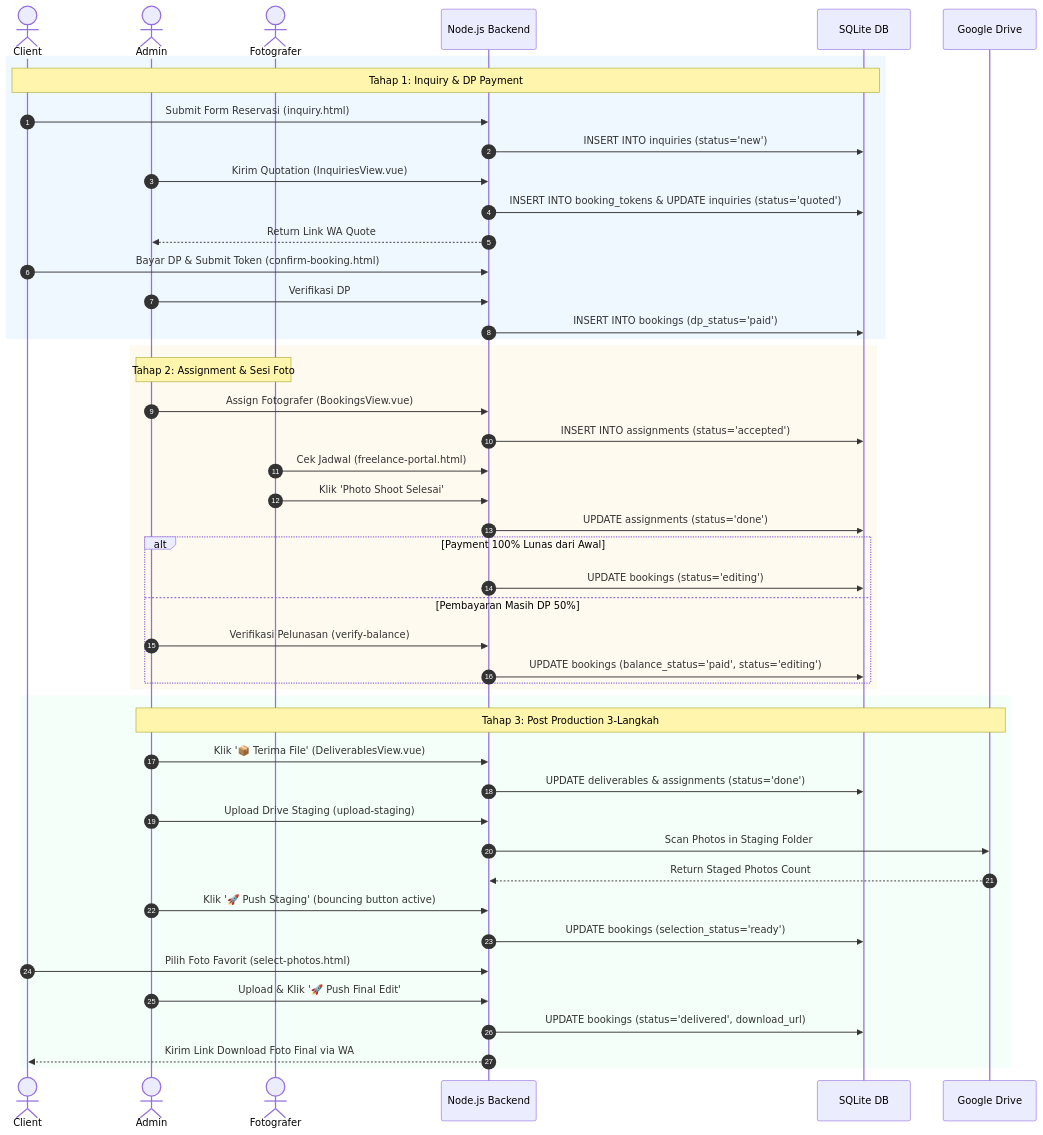
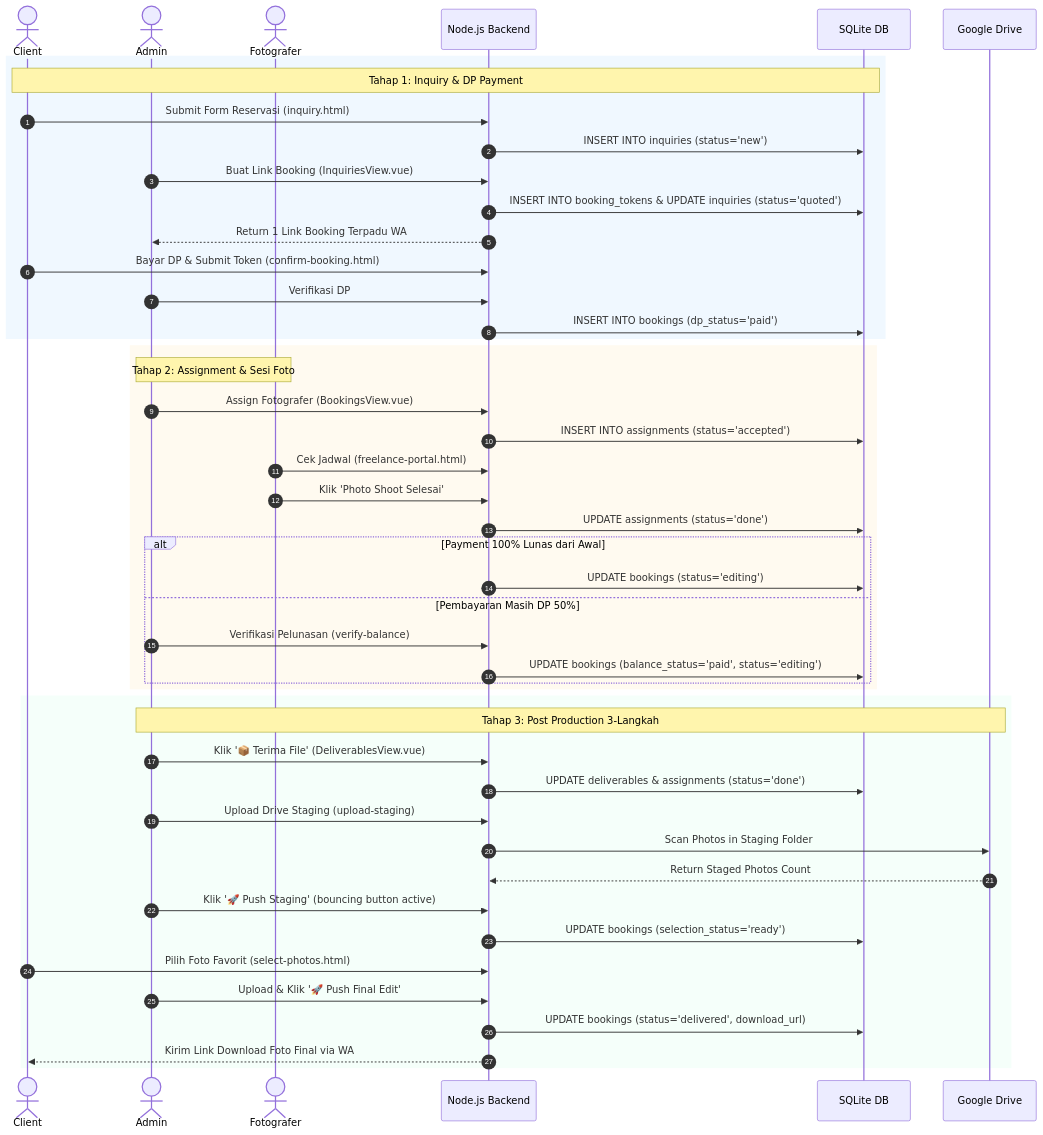
The second of 4 diagrams in docs/DOKUMENTASI_UTAMA_PLATFORM_WISUDA.md (armansyam/Wisuda), drawn with Mermaid before and after one commit. The commit also changed other lines of this file and 22 other files, not shown here.

````diff
--- a/docs/DOKUMENTASI_UTAMA_PLATFORM_WISUDA.md
+++ b/docs/DOKUMENTASI_UTAMA_PLATFORM_WISUDA.md
@@ -109,52 +112,52 @@
 ```mermaid
 sequenceDiagram
     autonumber
     actor Client
     actor Admin
     actor Fotografer
     participant Backend as Node.js Backend
     participant DB as SQLite DB
     participant Drive as Google Drive
 
     rect rgb(240, 248, 255)
     note over Client, DB: Tahap 1: Inquiry & DP Payment
     Client->>Backend: Submit Form Reservasi (inquiry.html)
     Backend->>DB: INSERT INTO inquiries (status='new')
-    Admin->>Backend: Kirim Quotation (InquiriesView.vue)
+    Admin->>Backend: Buat Link Booking (InquiriesView.vue)
     Backend->>DB: INSERT INTO booking_tokens & UPDATE inquiries (status='quoted')
-    Backend-->>Admin: Return Link WA Quote
+    Backend-->>Admin: Return 1 Link Booking Terpadu WA
     Client->>Backend: Bayar DP & Submit Token (confirm-booking.html)
     Admin->>Backend: Verifikasi DP
     Backend->>DB: INSERT INTO bookings (dp_status='paid')
     end
 
     rect rgb(255, 250, 240)
     note over Admin, Fotografer: Tahap 2: Assignment & Sesi Foto
     Admin->>Backend: Assign Fotografer (BookingsView.vue)
     Backend->>DB: INSERT INTO assignments (status='accepted')
     Fotografer->>Backend: Cek Jadwal (freelance-portal.html)
     Fotografer->>Backend: Klik 'Photo Shoot Selesai'
     Backend->>DB: UPDATE assignments (status='done')
     alt Payment 100% Lunas dari Awal
         Backend->>DB: UPDATE bookings (status='editing')
     else Pembayaran Masih DP 50%
         Admin->>Backend: Verifikasi Pelunasan (verify-balance)
         Backend->>DB: UPDATE bookings (balance_status='paid', status='editing')
     end
     end
 
     rect rgb(245, 255, 250)
     note over Admin, Drive: Tahap 3: Post Production 3-Langkah
     Admin->>Backend: Klik '📦 Terima File' (DeliverablesView.vue)
     Backend->>DB: UPDATE deliverables & assignments (status='done')
     Admin->>Backend: Upload Drive Staging (upload-staging)
     Backend->>Drive: Scan Photos in Staging Folder
     Drive-->>Backend: Return Staged Photos Count
     Admin->>Backend: Klik '🚀 Push Staging' (bouncing button active)
     Backend->>DB: UPDATE bookings (selection_status='ready')
     Client->>Backend: Pilih Foto Favorit (select-photos.html)
     Admin->>Backend: Upload & Klik '🚀 Push Final Edit'
     Backend->>DB: UPDATE bookings (status='delivered', download_url)
     Backend-->>Client: Kirim Link Download Foto Final via WA
     end
 ```
````
